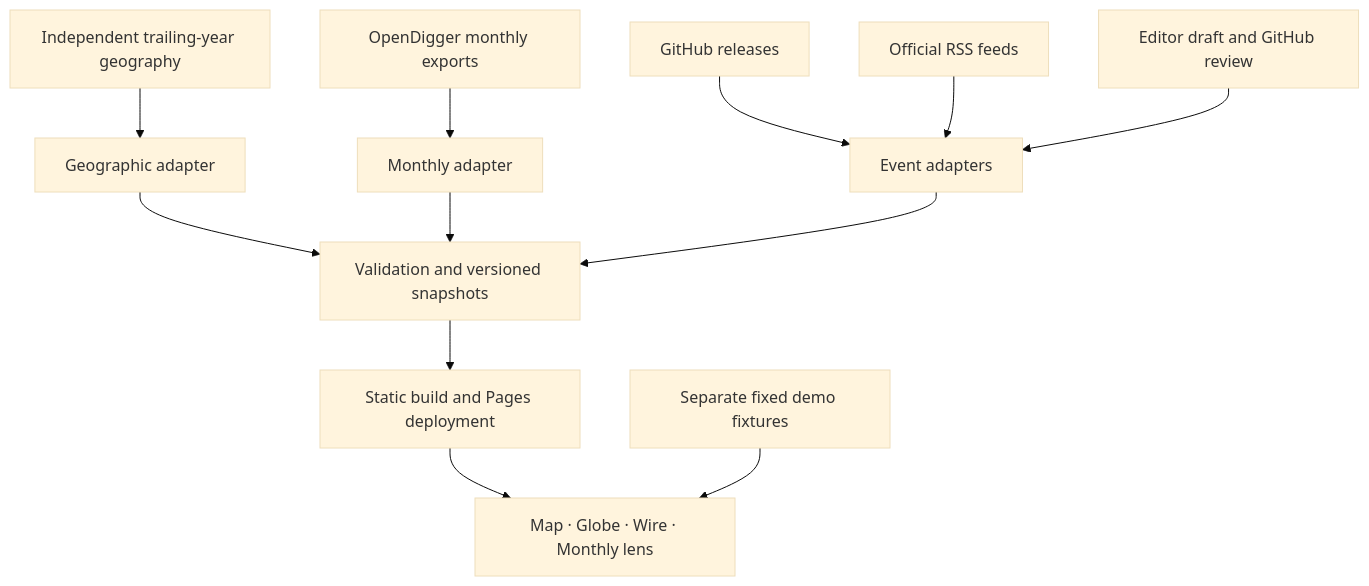
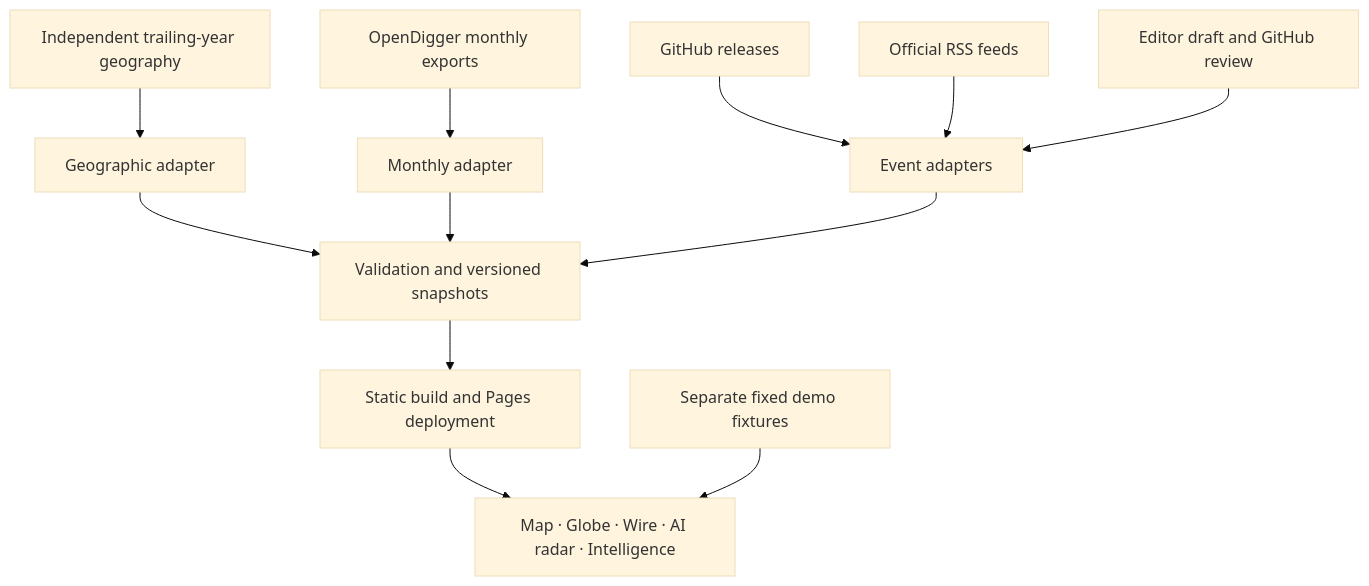
Before and after one commit to X-lab2017/open-dipper: the diagram in docs/ARCHITECTURE.md, drawn with Mermaid (base theme). The commit also changed other lines of this file and 31 other files, not shown here.

````diff
--- a/docs/ARCHITECTURE.md
+++ b/docs/ARCHITECTURE.md
@@ -21,14 +23,14 @@
 ```mermaid
 flowchart TD
   OD[OpenDigger monthly exports] --> MA[Monthly adapter]
   GH[GitHub releases] --> EI[Event adapters]
   RSS[Official RSS feeds] --> EI
   ED[Editor draft and GitHub review] --> EI
   GEO[Independent trailing-year geography] --> GA[Geographic adapter]
   GA --> VA[Validation and versioned snapshots]
   MA --> VA
   EI --> VA
   VA --> BUILD[Static build and Pages deployment]
-  BUILD --> UI[Map · Globe · Wire · Monthly lens]
+  BUILD --> UI[Map · Globe · Wire · AI radar · Intelligence]
   DEMO[Separate fixed demo fixtures] --> UI
 ```
````
